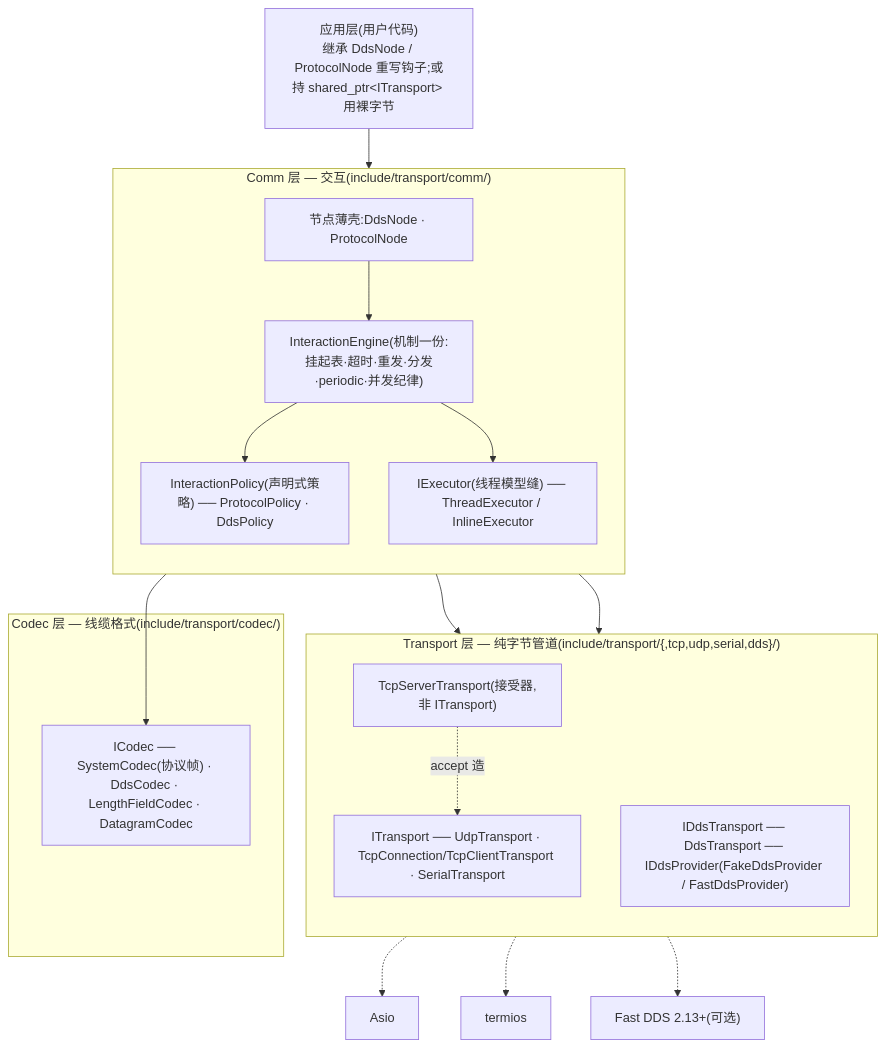
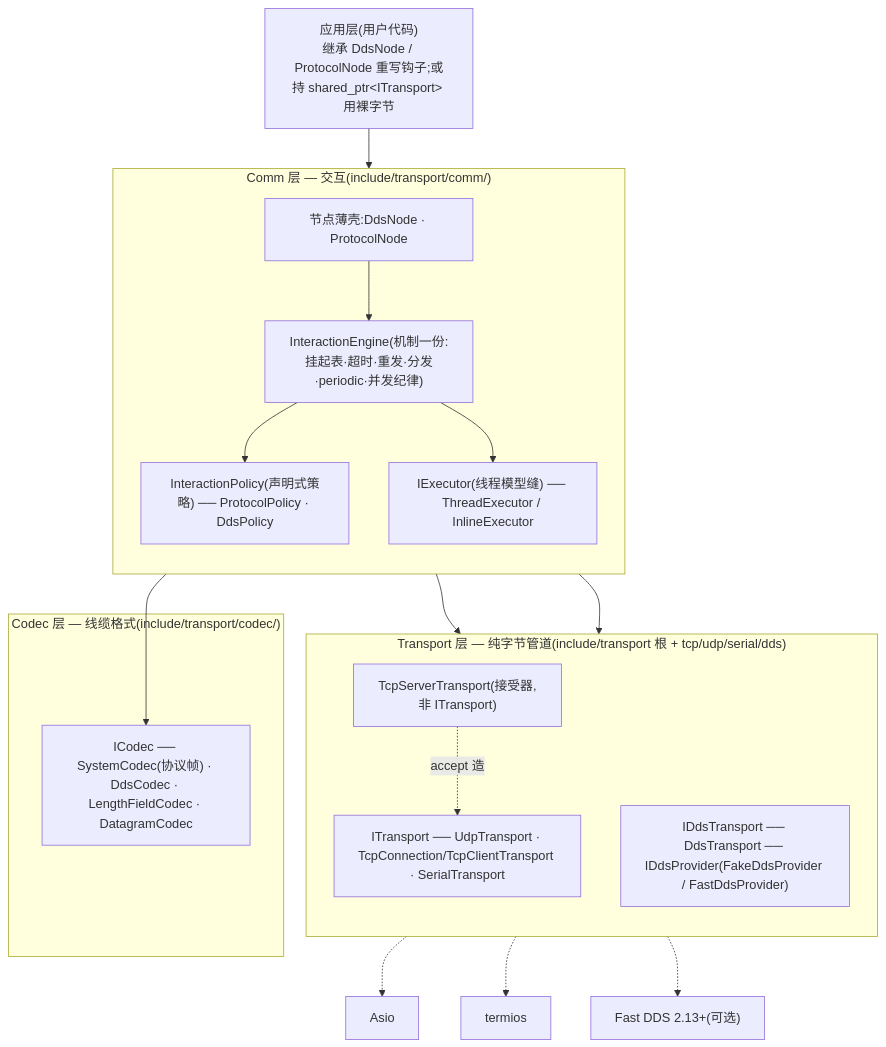
Before and after one commit to Ste7an-cs/Transport: the first of 8 diagrams in docs/架构与运行期协作.md, drawn with Mermaid. The commit also changed other lines of this file, not shown here.

Commit message:
docs(fix): 修复运行期协作时序图 mermaid 渲染——去消息文本中的裸 <>(shared_ptr<ITransport>/retries<3)、&&、<br/>、{} 花括号

````diff
--- a/docs/架构与运行期协作.md
+++ b/docs/架构与运行期协作.md
@@ -12,30 +12,30 @@
 ```mermaid
 flowchart TB
   App["应用层(用户代码)<br/>继承 DdsNode / ProtocolNode 重写钩子;或持 shared_ptr&lt;ITransport&gt; 用裸字节"]
   subgraph L3["Comm 层 — 交互(include/transport/comm/)"]
     direction TB
     ENG["InteractionEngine(机制一份:挂起表·超时·重发·分发·periodic·并发纪律)"]
     POL["InteractionPolicy(声明式策略) ── ProtocolPolicy · DdsPolicy"]
     NODE["节点薄壳:DdsNode · ProtocolNode"]
     EXE["IExecutor(线程模型缝) ── ThreadExecutor / InlineExecutor"]
     NODE --> ENG --> POL
     ENG --> EXE
   end
   subgraph L2["Codec 层 — 线缆格式(include/transport/codec/)"]
     COD["ICodec ── SystemCodec(协议帧) · DdsCodec · LengthFieldCodec · DatagramCodec"]
   end
-  subgraph L1["Transport 层 — 纯字节管道(include/transport/{,tcp,udp,serial,dds}/)"]
+  subgraph L1["Transport 层 — 纯字节管道(include/transport 根 + tcp/udp/serial/dds)"]
     direction TB
     TR["ITransport ── UdpTransport · TcpConnection/TcpClientTransport · SerialTransport"]
     SRV["TcpServerTransport(接受器,非 ITransport)"]
     DDS["IDdsTransport ── DdsTransport ── IDdsProvider(FakeDdsProvider / FastDdsProvider)"]
   end
   App --> L3
   ENG --> COD
   ENG --> TR
   ENG --> DDS
   SRV -.->|accept 造| TR
   TR -.-> asio["Asio"]
   TR -.-> termios["termios"]
   DDS -.-> fastdds["Fast DDS 2.13+(可选)"]
 ```
````
